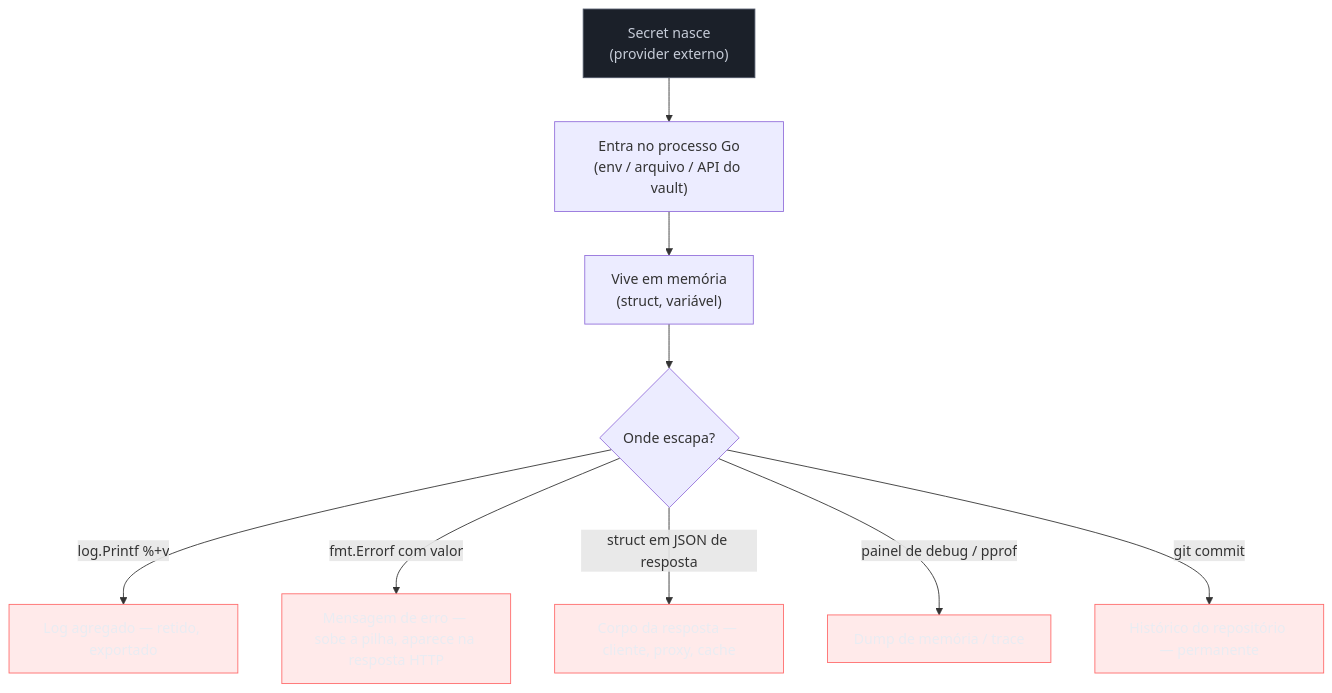
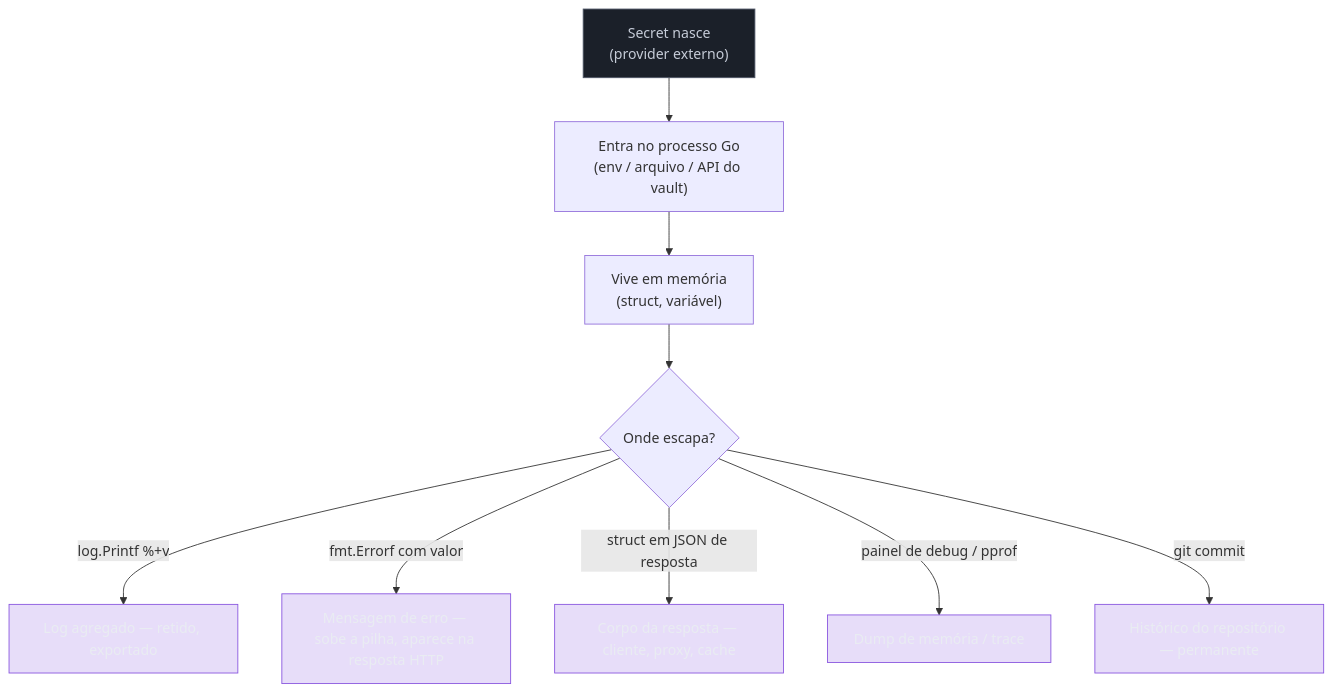
One commit to josenaldo/codex-technomanticus changed the first of 2 diagrams in 03-Dominios/Tecnologia/Go/19 - Segurança/06 - Secrets e configuração segura.md. Above: the diagram before and after it, drawn with Mermaid. The commit also changed 601 other files, not shown here.

````diff
--- a/03-Dominios/Tecnologia/Go/19 - Segurança/06 - Secrets e configuração segura.md
+++ b/03-Dominios/Tecnologia/Go/19 - Segurança/06 - Secrets e configuração segura.md
@@ -34,20 +34,20 @@
 ```mermaid
 flowchart TB
+    classDef marca fill:#8855DF33,stroke:#8855DF,color:#E9ECF2
     classDef neutro fill:#1B2029,stroke:#4E5666,color:#C6CCD8
-    classDef falha fill:#FF6B6B24,stroke:#FF6B6B,color:#E9ECF2
     A["Secret nasce\n(provider externo)"] --> B["Entra no processo Go\n(env / arquivo / API do vault)"]
     B --> C["Vive em memória\n(struct, variável)"]
     C --> D{"Onde escapa?"}
     D -->|"log.Printf %+v"| E["Log agregado — retido, exportado"]
     D -->|"fmt.Errorf com valor"| F["Mensagem de erro — sobe a pilha, aparece na resposta HTTP"]
     D -->|"struct em JSON de resposta"| G["Corpo da resposta — cliente, proxy, cache"]
     D -->|"painel de debug / pprof"| H["Dump de memória / trace"]
     D -->|"git commit"| I["Histórico do repositório — permanente"]
 
     class A neutro
-    class E falha
-    class F falha
-    class G falha
-    class H falha
-    class I falha
+    class E marca
+    class F marca
+    class G marca
+    class H marca
+    class I marca
 ```
````
